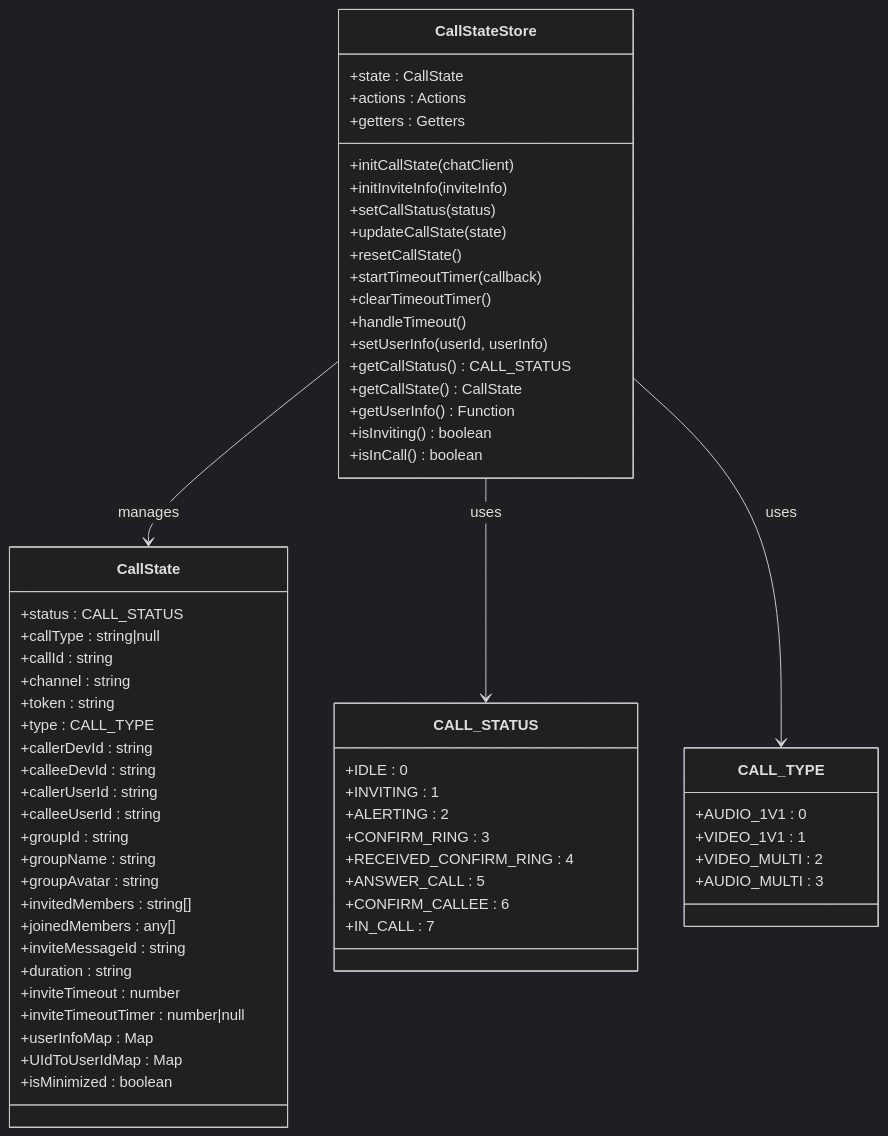
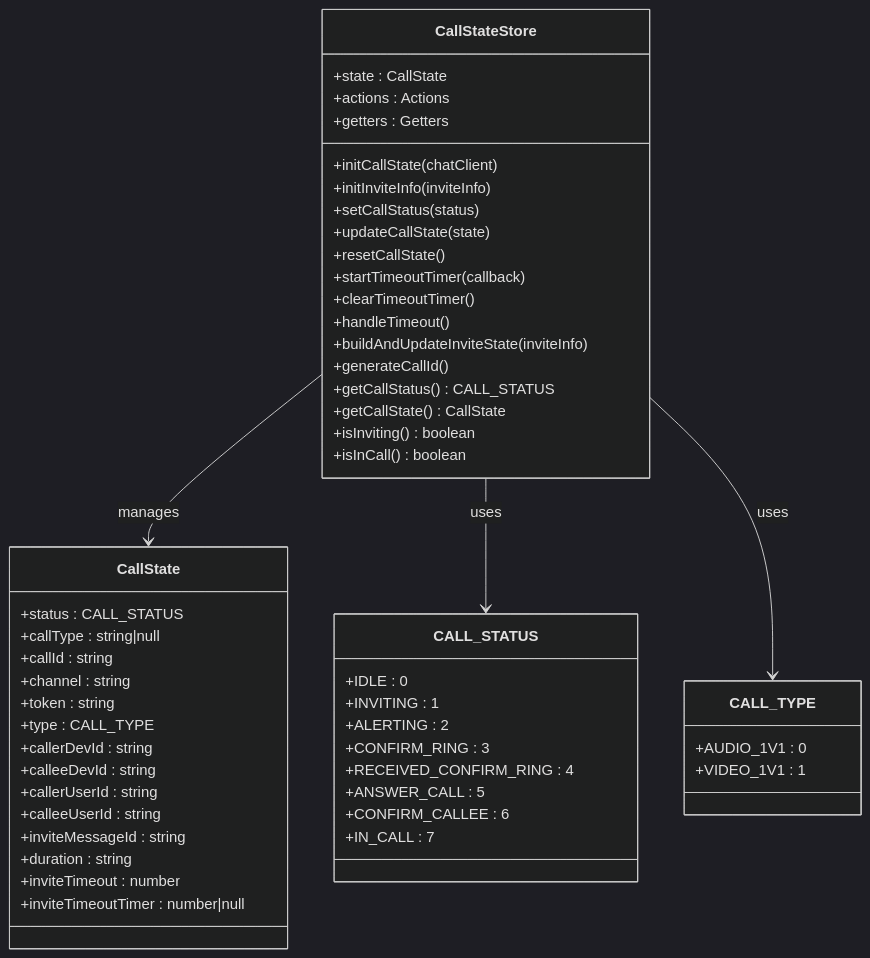
The second of 6 diagrams in .qoder/repowiki/zh/content/状态管理/CallState Store.md (Easemob-Community/easemob-uikit-callkit-vue3), drawn with Mermaid (dark theme) before and after one commit. The commit also changed other lines of this file and 54 other files, not shown here.

````diff
--- a/.qoder/repowiki/zh/content/状态管理/CallState Store.md
+++ b/.qoder/repowiki/zh/content/状态管理/CallState Store.md
@@ -159,65 +168,55 @@
 ```mermaid
 classDiagram
 class CallStateStore {
 +state : CallState
 +actions : Actions
 +getters : Getters
 +initCallState(chatClient)
 +initInviteInfo(inviteInfo)
 +setCallStatus(status)
 +updateCallState(state)
 +resetCallState()
 +startTimeoutTimer(callback)
 +clearTimeoutTimer()
 +handleTimeout()
-+setUserInfo(userId, userInfo)
++buildAndUpdateInviteState(inviteInfo)
++generateCallId()
 +getCallStatus() CALL_STATUS
 +getCallState() CallState
-+getUserInfo() Function
 +isInviting() boolean
 +isInCall() boolean
 }
 class CallState {
 +status : CALL_STATUS
 +callType : string|null
 +callId : string
 +channel : string
 +token : string
 +type : CALL_TYPE
 +callerDevId : string
 +calleeDevId : string
 +callerUserId : string
 +calleeUserId : string
-+groupId : string
-+groupName : string
-+groupAvatar : string
-+invitedMembers : string[]
-+joinedMembers : any[]
 +inviteMessageId : string
 +duration : string
 +inviteTimeout : number
 +inviteTimeoutTimer : number|null
-+userInfoMap : Map
-+UIdToUserIdMap : Map
-+isMinimized : boolean
 }
 class CALL_STATUS {
 +IDLE : 0
 +INVITING : 1
 +ALERTING : 2
 +CONFIRM_RING : 3
 +RECEIVED_CONFIRM_RING : 4
 +ANSWER_CALL : 5
 +CONFIRM_CALLEE : 6
 +IN_CALL : 7
 }
 class CALL_TYPE {
 +AUDIO_1V1 : 0
 +VIDEO_1V1 : 1
-+VIDEO_MULTI : 2
-+AUDIO_MULTI : 3
 }
 CallStateStore --> CallState : manages
 CallStateStore --> CALL_STATUS : uses
 CallStateStore --> CALL_TYPE : uses
 ```
````
